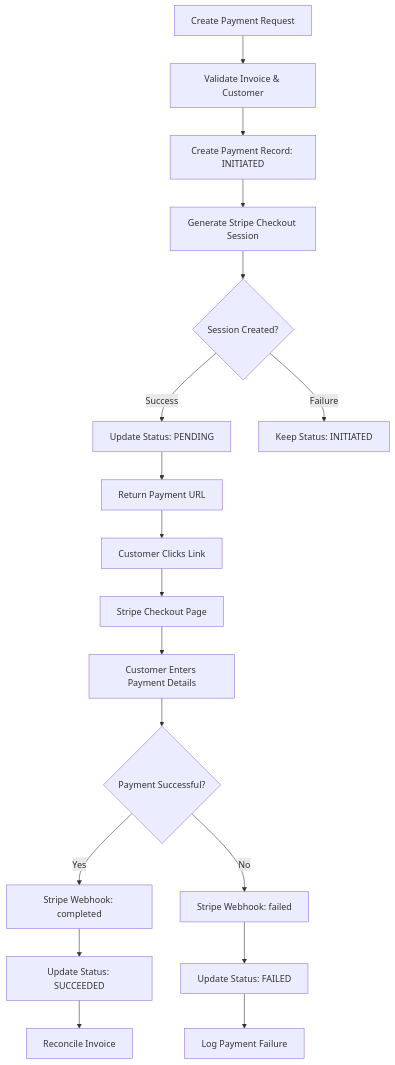
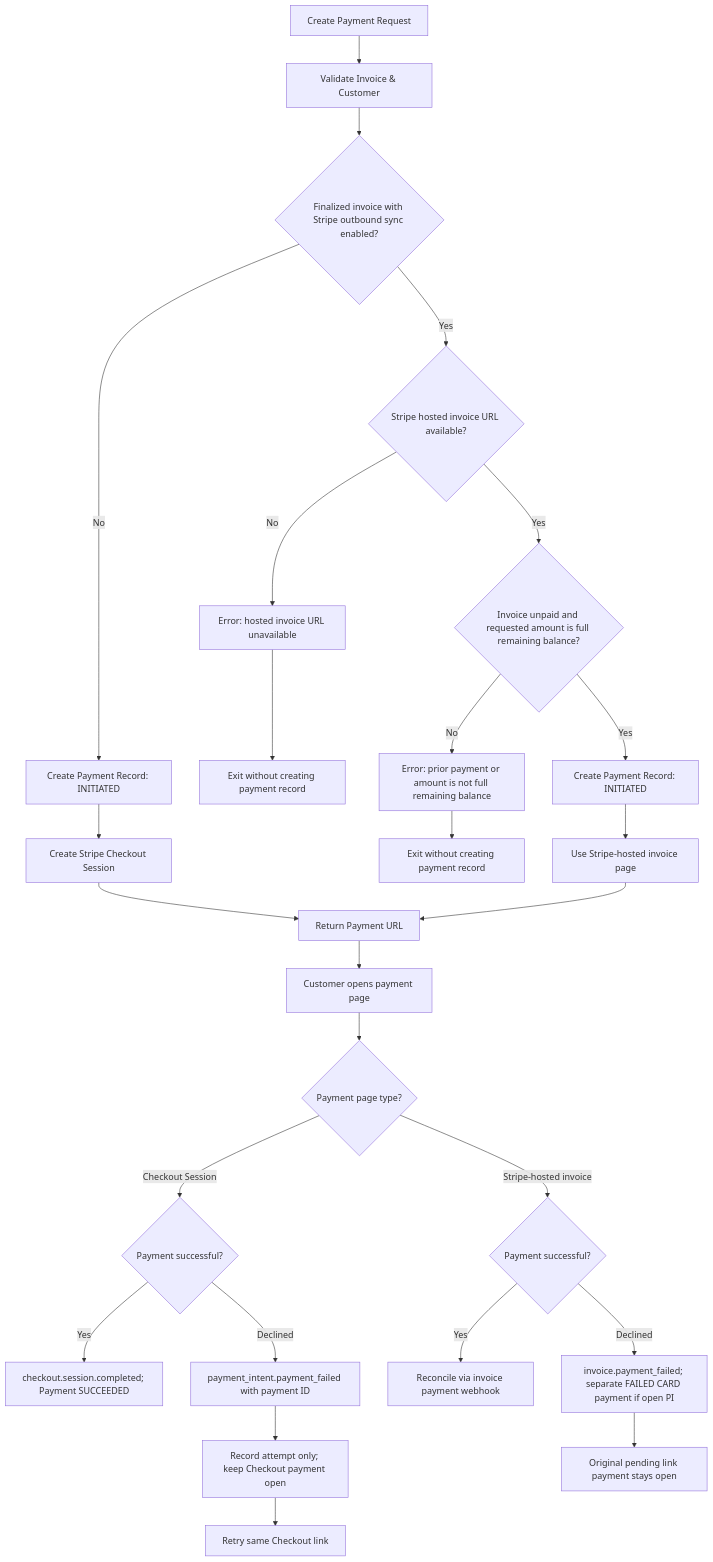
The first of 2 diagrams in integrations/stripe/payment-links.mdx (flexprice/flexprice-docs), drawn with Mermaid before and after one commit. The commit also changed other lines of this file and 6 other files, not shown here.

First line of the commit message:
docs: align Stripe payments and checkout with backend release 3521 (#462)

````diff
--- a/integrations/stripe/payment-links.mdx
+++ b/integrations/stripe/payment-links.mdx
@@ -21,20 +21,28 @@
 ```mermaid
 graph TD
     A[Create Payment Request] --> B[Validate Invoice & Customer]
-    B --> C[Create Payment Record: INITIATED]
-    C --> D[Generate Stripe Checkout Session]
-    D --> E{Session Created?}
-    E -->|Success| F[Update Status: PENDING]
-    E -->|Failure| G[Keep Status: INITIATED]
-    F --> H[Return Payment URL]
-    H --> I[Customer Clicks Link]
-    I --> J[Stripe Checkout Page]
-    J --> K[Customer Enters Payment Details]
-    K --> L{Payment Successful?}
-    L -->|Yes| M[Stripe Webhook: completed]
-    L -->|No| N[Stripe Webhook: failed]
-    M --> O[Update Status: SUCCEEDED]
-    N --> P[Update Status: FAILED]
-    O --> Q[Reconcile Invoice]
-    P --> R[Log Payment Failure]
+    B --> C{Finalized invoice with Stripe outbound sync enabled?}
+    C -->|No| D[Create Payment Record: INITIATED]
+    D --> E[Create Stripe Checkout Session]
+    C -->|Yes| F{Stripe hosted invoice URL available?}
+    F -->|No| X[Error: hosted invoice URL unavailable]
+    X --> X1[Exit without creating payment record]
+    F -->|Yes| G{Invoice unpaid and requested amount is full remaining balance?}
+    G -->|No| Y[Error: prior payment or amount is not full remaining balance]
+    Y --> Y1[Exit without creating payment record]
+    G -->|Yes| H[Create Payment Record: INITIATED]
+    H --> I[Use Stripe-hosted invoice page]
+    E --> J[Return Payment URL]
+    I --> J
+    J --> K[Customer opens payment page]
+    K --> L{Payment page type?}
+    L -->|Checkout Session| M{Payment successful?}
+    M -->|Yes| N[checkout.session.completed; Payment SUCCEEDED]
+    M -->|Declined| O[payment_intent.payment_failed with payment ID]
+    O --> P[Record attempt only; keep Checkout payment open]
+    P --> Q[Retry same Checkout link]
+    L -->|Stripe-hosted invoice| R{Payment successful?}
+    R -->|Yes| S[Reconcile via invoice payment webhook]
+    R -->|Declined| T[invoice.payment_failed; separate FAILED CARD payment if open PI]
+    T --> U[Original pending link payment stays open]
 ```
````
